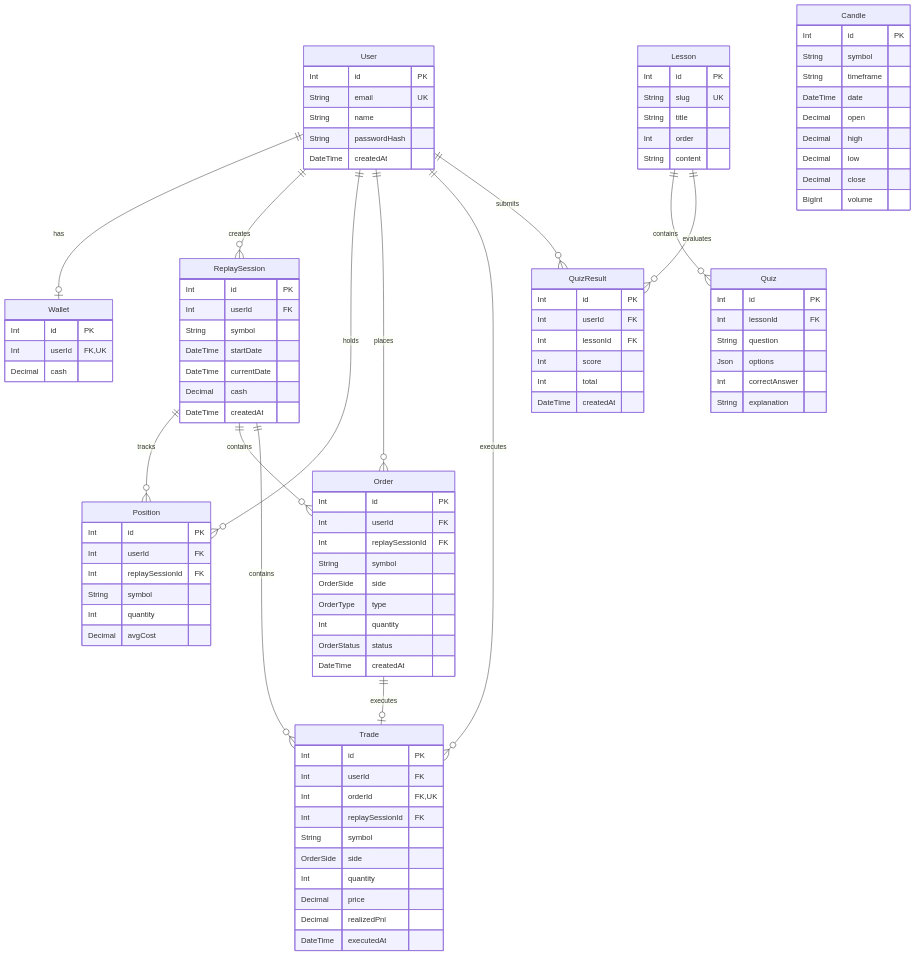
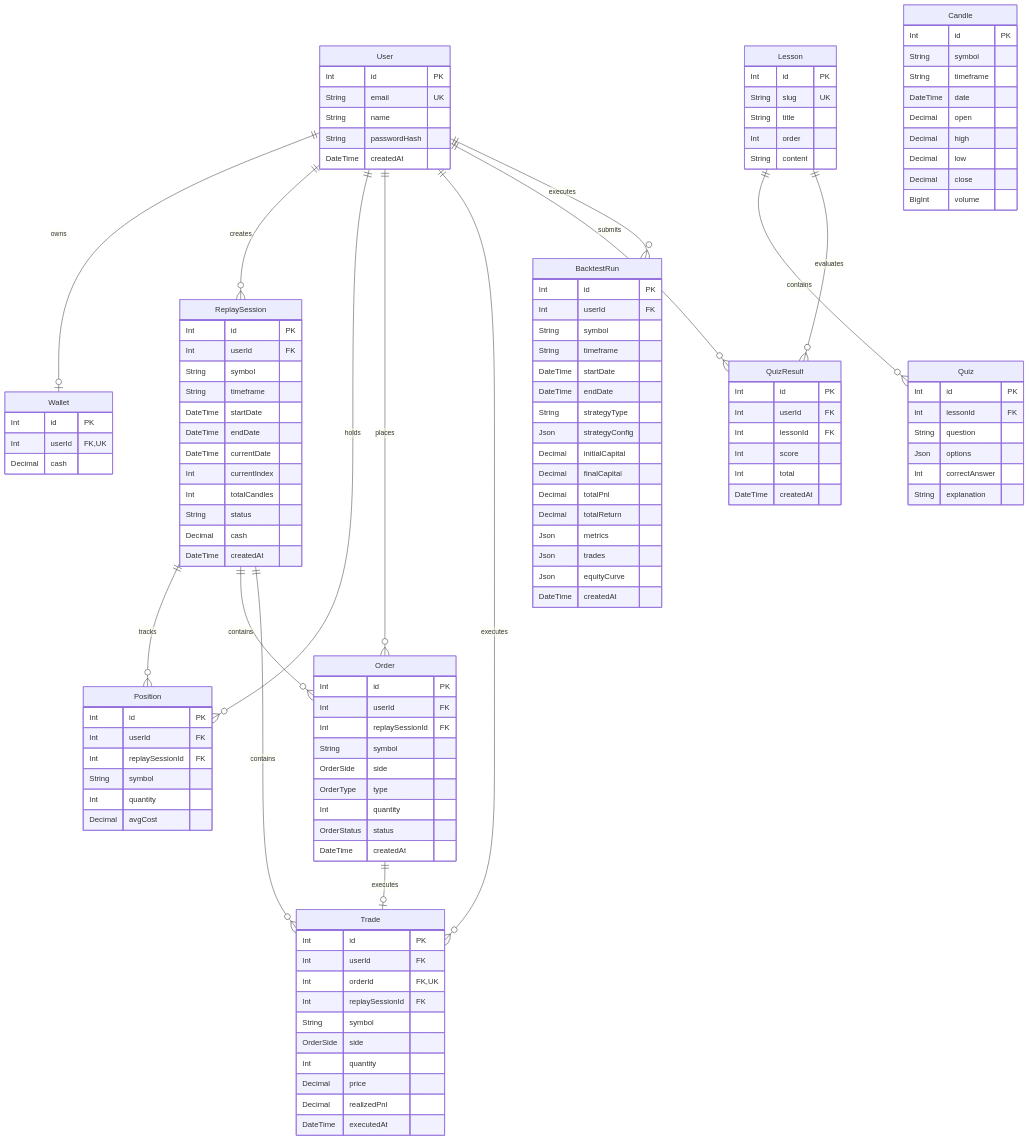
One commit to harshhh-08/TradeWise changed the diagram in README.md. Above: the diagram before and after it, drawn with Mermaid. The commit also changed other lines of this file, not shown here.

Commit message:
docs: update README with tech stack, ER model, and setup guide

````diff
--- a/README.md
+++ b/README.md
@@ -56,11 +91,12 @@
 ```mermaid
 erDiagram
-    User ||--o| Wallet : "has"
+    User ||--o| Wallet : "owns"
     User ||--o{ ReplaySession : "creates"
     User ||--o{ Position : "holds"
     User ||--o{ Order : "places"
     User ||--o{ Trade : "executes"
     User ||--o{ QuizResult : "submits"
+    User ||--o{ BacktestRun : "executes"
 
     ReplaySession ||--o{ Position : "tracks"
     ReplaySession ||--o{ Order : "contains"
@@ -101,8 +137,13 @@
         Int id PK
         Int userId FK
         String symbol
+        String timeframe
         DateTime startDate
+        DateTime endDate
         DateTime currentDate
+        Int currentIndex
+        Int totalCandles
+        String status
         Decimal cash
         DateTime createdAt
     }
@@ -166,4 +207,23 @@
         Int total
         DateTime createdAt
     }
+
+    BacktestRun {
+        Int id PK
+        Int userId FK
+        String symbol
+        String timeframe
+        DateTime startDate
+        DateTime endDate
+        String strategyType
+        Json strategyConfig
+        Decimal initialCapital
+        Decimal finalCapital
+        Decimal totalPnl
+        Decimal totalReturn
+        Json metrics
+        Json trades
+        Json equityCurve
+        DateTime createdAt
+    }
 ```
````
